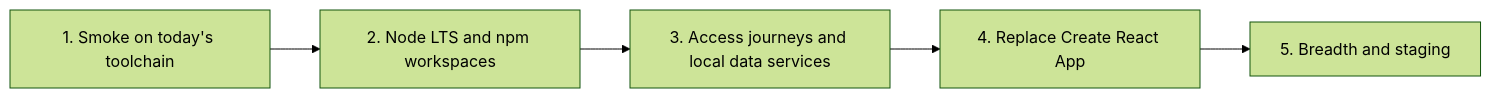
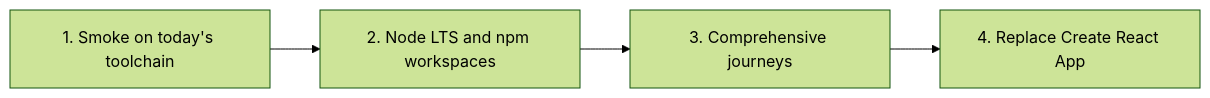
Before and after one commit to seasketch/next: the diagram in design-docs/dev-environment/strategy.md, drawn with Mermaid (forest theme). The commit also changed other lines of this file and 48 other files, not shown here.

````diff
--- a/design-docs/dev-environment/strategy.md
+++ b/design-docs/dev-environment/strategy.md
@@ -44,9 +44,8 @@
 ```mermaid
 flowchart LR
   smoke["1. Smoke on today's toolchain"]
   ws["2. Node LTS and npm workspaces"]
-  journeys["3. Access journeys and local data services"]
+  journeys["3. Comprehensive journeys"]
   bundler["4. Replace Create React App"]
-  breadth["5. Breadth and staging"]
-  smoke --> ws --> journeys --> bundler --> breadth
+  smoke --> ws --> journeys --> bundler
 ```
````
